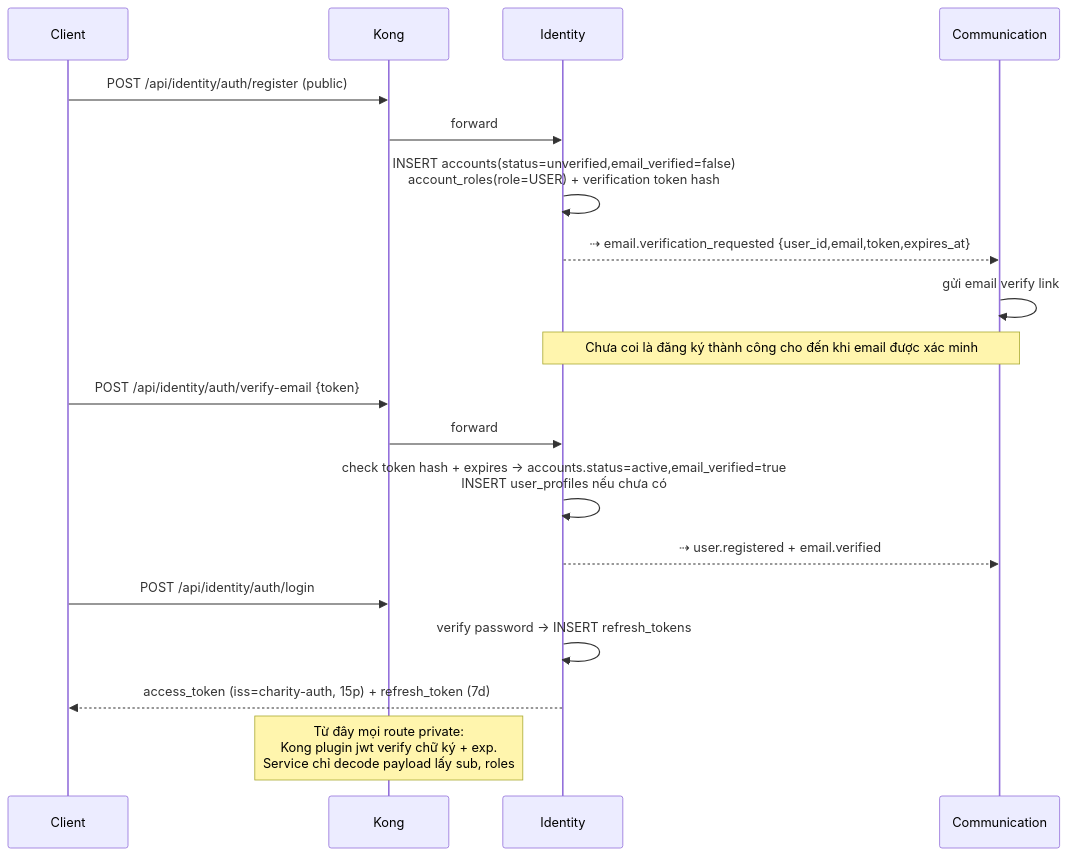
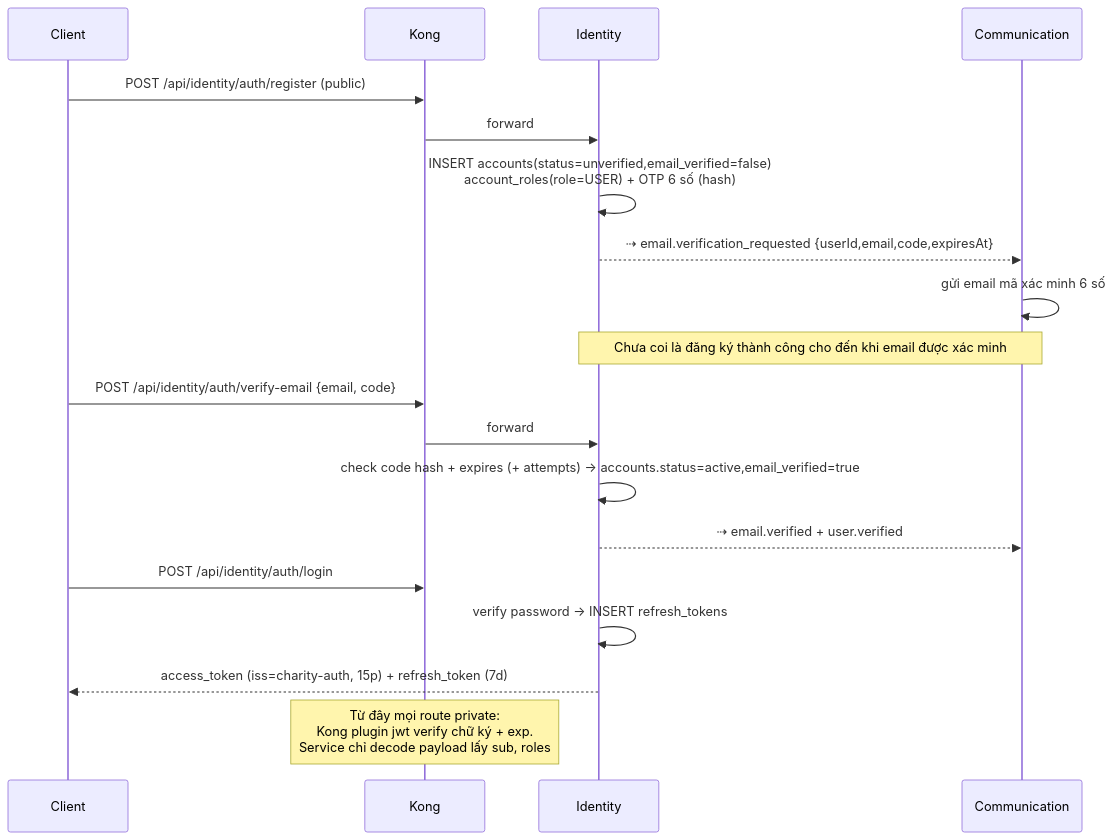
One commit to hieusoft/project4 changed the first of 14 diagrams in docs/flows.md. Above: the diagram before and after it, drawn with Mermaid. The commit also changed other lines of this file and 62 other files, not shown here.

````diff
--- a/docs/flows.md
+++ b/docs/flows.md
@@ -3,21 +3,21 @@
 ```mermaid
 sequenceDiagram
     participant C as Client
     participant K as Kong
     participant ID as Identity
     participant COM as Communication
     C->>K: POST /api/identity/auth/register (public)
     K->>ID: forward
-    ID->>ID: INSERT accounts(status=unverified,email_verified=false)<br/>account_roles(role=USER) + verification token hash
-    ID-->>COM: ⇢ email.verification_requested {user_id,email,token,expires_at}
-    COM->>COM: gửi email verify link
+    ID->>ID: INSERT accounts(status=unverified,email_verified=false)<br/>account_roles(role=USER) + OTP 6 số (hash)
+    ID-->>COM: ⇢ email.verification_requested {userId,email,code,expiresAt}
+    COM->>COM: gửi email mã xác minh 6 số
     Note over ID,COM: Chưa coi là đăng ký thành công cho đến khi email được xác minh
-    C->>K: POST /api/identity/auth/verify-email {token}
+    C->>K: POST /api/identity/auth/verify-email {email, code}
     K->>ID: forward
-    ID->>ID: check token hash + expires → accounts.status=active,email_verified=true<br/>INSERT user_profiles nếu chưa có
-    ID-->>COM: ⇢ user.registered + email.verified
+    ID->>ID: check code hash + expires (+ attempts) → accounts.status=active,email_verified=true
+    ID-->>COM: ⇢ email.verified + user.verified
     C->>K: POST /api/identity/auth/login
     ID->>ID: verify password → INSERT refresh_tokens
     ID-->>C: access_token (iss=charity-auth, 15p) + refresh_token (7d)
     Note over K: Từ đây mọi route private:<br/>Kong plugin jwt verify chữ ký + exp.<br/>Service chỉ decode payload lấy sub, roles
 ```
````
